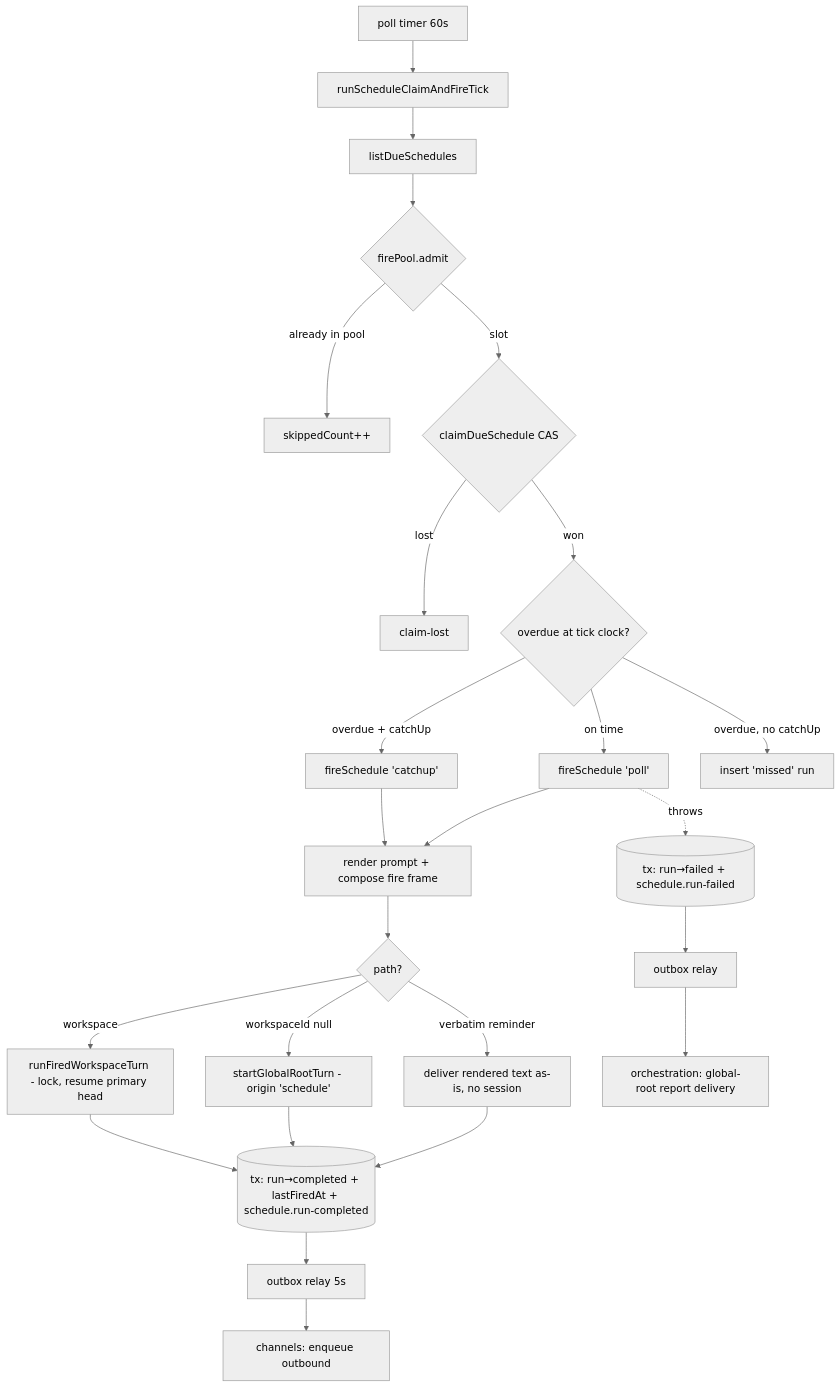
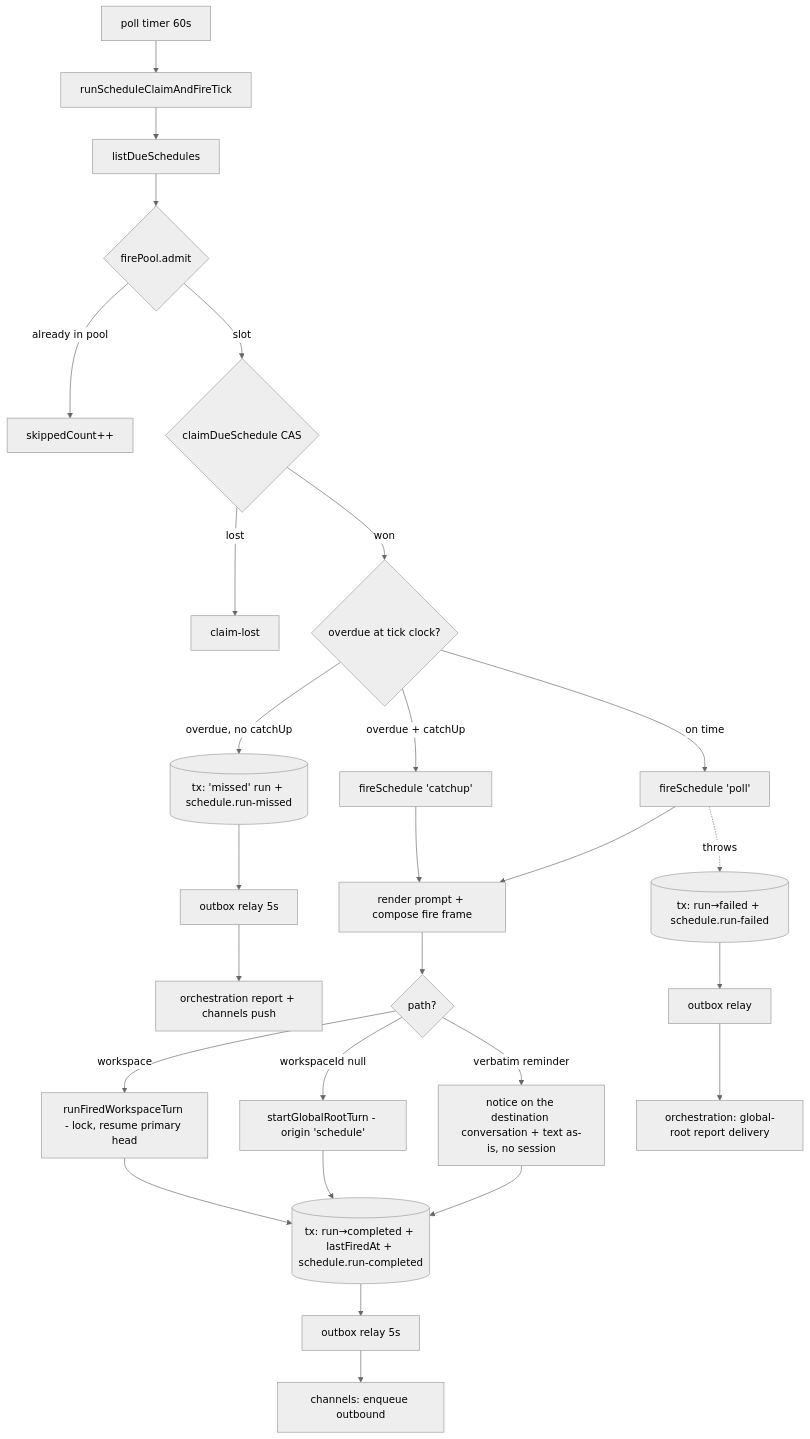
The first of 2 diagrams in .claude/docs/schedules/structure.md (chadnicely/Vynel-Demo), drawn with Mermaid (neutral theme) before and after one commit. The commit also changed other lines of this file and 24 other files, not shown here.

First line of the commit message:
fix(schedules): a missed run is announced; a verbatim reminder lands in chat

````diff
--- a/.claude/docs/schedules/structure.md
+++ b/.claude/docs/schedules/structure.md
@@ -200,25 +204,26 @@
 ```mermaid
 flowchart TD
     A[poll timer 60s] --> B[runScheduleClaimAndFireTick]
     B --> C[listDueSchedules]
     C --> D{firePool.admit}
     D -->|already in pool| S[skippedCount++]
     D -->|slot| E{claimDueSchedule CAS}
     E -->|lost| X[claim-lost]
     E -->|won| F{overdue at tick clock?}
     F -->|on time| G[fireSchedule 'poll']
     F -->|overdue + catchUp| G2[fireSchedule 'catchup']
-    F -->|overdue, no catchUp| M[insert 'missed' run]
+    F -->|overdue, no catchUp| M[("tx: 'missed' run + schedule.run-missed")]
+    M --> RM[outbox relay 5s] --> MN[orchestration report + channels push]
     G --> H[render prompt + compose fire frame]
     G2 --> H
     H --> I{path?}
-    I -->|verbatim reminder| J[deliver rendered text as-is, no session]
+    I -->|verbatim reminder| J[notice on the destination conversation + text as-is, no session]
     I -->|workspaceId null| K[startGlobalRootTurn - origin 'schedule']
     I -->|workspace| L[runFiredWorkspaceTurn - lock, resume primary head]
     J --> T[("tx: run→completed + lastFiredAt + schedule.run-completed")]
     K --> T
     L --> T
     T --> R[outbox relay 5s] --> CH[channels: enqueue outbound]
     G -.throws.-> FT[("tx: run→failed + schedule.run-failed")]
     FT --> R2[outbox relay] --> RP[orchestration: global-root report delivery]
 ```
````
